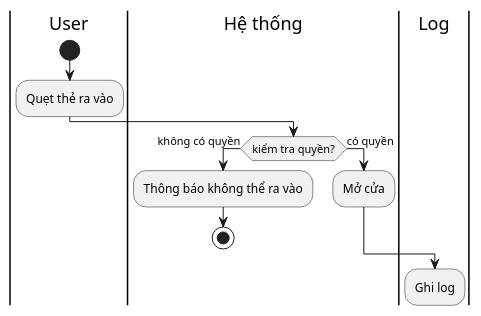
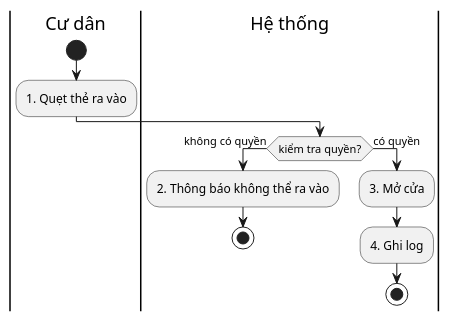
The diagram in Lab1/Lab1.2/Activity Diagram/Quản lý ra vào/Ra vào.puml (QuickyBooster/SE357-Pratice-class), drawn with PlantUML before and after one commit. The commit also changed 19 other files, not shown here.

```diff
--- a/Lab1/Lab1.2/Activity Diagram/Quản lý ra vào/Ra vào.puml
+++ b/Lab1/Lab1.2/Activity Diagram/Quản lý ra vào/Ra vào.puml
@@ -1,14 +1,14 @@
 @startuml
-|User|
+|Cư dân|
 start
-:Quẹt thẻ ra vào;
+:1. Quẹt thẻ ra vào;
 |Hệ thống|
 if(kiểm tra quyền?) then (không có quyền)
-:Thông báo không thể ra vào;
+:2. Thông báo không thể ra vào;
 stop
 else (có quyền)
-:Mở cửa;
+:3. Mở cửa;
+:4. Ghi log;
+stop
 endif
-|Log|
-:Ghi log;
 @enduml
```
